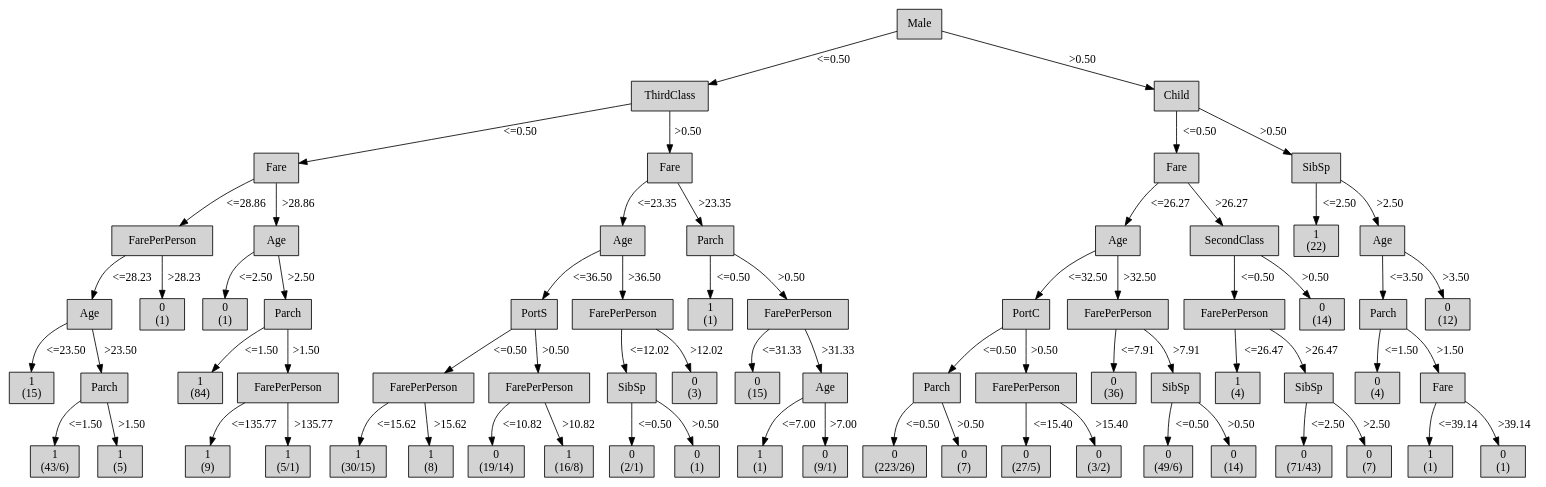
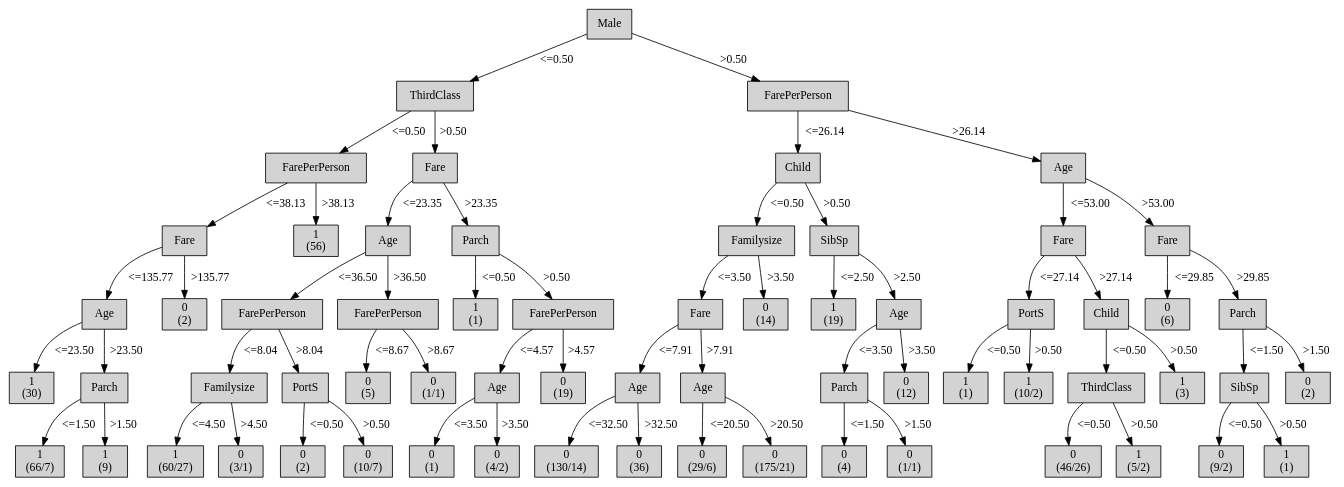
Before and after one commit to mklb/BI-Python3: the diagram in output/tree-generator-6/tree.dot, drawn with Graphviz. The commit also changed 30 other files, not shown here.

```diff
--- a/output/tree-generator-6/tree.dot
+++ b/output/tree-generator-6/tree.dot
@@ -4,247 +4,233 @@
 "1" [shape=box, style=filled, label="ThirdClass
 ", weight=2]
 0 -> 1 [ label = "<=0.50"];
-"2" [shape=box, style=filled, label="Fare
+"2" [shape=box, style=filled, label="FarePerPerson
 ", weight=3]
 1 -> 2 [ label = "<=0.50"];
-"3" [shape=box, style=filled, label="FarePerPerson
+"3" [shape=box, style=filled, label="Fare
 ", weight=4]
-2 -> 3 [ label = "<=28.86"];
+2 -> 3 [ label = "<=38.13"];
 "4" [shape=box, style=filled, label="Age
 ", weight=5]
-3 -> 4 [ label = "<=28.23"];
+3 -> 4 [ label = "<=135.77"];
 "5" [shape=box, style=filled, label="1
-(15)
+(30)
 ", weight=6]
 4 -> 5 [ label = "<=23.50"];
 "6" [shape=box, style=filled, label="Parch
 ", weight=6]
 4 -> 6 [ label = ">23.50"];
 "7" [shape=box, style=filled, label="1
-(43/6)
+(66/7)
 ", weight=7]
 6 -> 7 [ label = "<=1.50"];
 "8" [shape=box, style=filled, label="1
-(5)
+(9)
 ", weight=7]
 6 -> 8 [ label = ">1.50"];
 "9" [shape=box, style=filled, label="0
+(2)
+", weight=5]
+3 -> 9 [ label = ">135.77"];
+"10" [shape=box, style=filled, label="1
+(56)
+", weight=4]
+2 -> 10 [ label = ">38.13"];
+"11" [shape=box, style=filled, label="Fare
+", weight=3]
+1 -> 11 [ label = ">0.50"];
+"12" [shape=box, style=filled, label="Age
+", weight=4]
+11 -> 12 [ label = "<=23.35"];
+"13" [shape=box, style=filled, label="FarePerPerson
+", weight=5]
+12 -> 13 [ label = "<=36.50"];
+"14" [shape=box, style=filled, label="Familysize
+", weight=6]
+13 -> 14 [ label = "<=8.04"];
+"15" [shape=box, style=filled, label="1
+(60/27)
+", weight=7]
+14 -> 15 [ label = "<=4.50"];
+"16" [shape=box, style=filled, label="0
+(3/1)
+", weight=7]
+14 -> 16 [ label = ">4.50"];
+"17" [shape=box, style=filled, label="PortS
+", weight=6]
+13 -> 17 [ label = ">8.04"];
+"18" [shape=box, style=filled, label="0
+(2)
+", weight=7]
+17 -> 18 [ label = "<=0.50"];
+"19" [shape=box, style=filled, label="0
+(10/7)
+", weight=7]
+17 -> 19 [ label = ">0.50"];
+"20" [shape=box, style=filled, label="FarePerPerson
+", weight=5]
+12 -> 20 [ label = ">36.50"];
+"21" [shape=box, style=filled, label="0
+(5)
+", weight=6]
+20 -> 21 [ label = "<=8.67"];
+"22" [shape=box, style=filled, label="0
+(1/1)
+", weight=6]
+20 -> 22 [ label = ">8.67"];
+"23" [shape=box, style=filled, label="Parch
+", weight=4]
+11 -> 23 [ label = ">23.35"];
+"24" [shape=box, style=filled, label="1
 (1)
 ", weight=5]
-3 -> 9 [ label = ">28.23"];
-"10" [shape=box, style=filled, label="Age
-", weight=4]
-2 -> 10 [ label = ">28.86"];
-"11" [shape=box, style=filled, label="0
-(1)
+23 -> 24 [ label = "<=0.50"];
+"25" [shape=box, style=filled, label="FarePerPerson
 ", weight=5]
-10 -> 11 [ label = "<=2.50"];
-"12" [shape=box, style=filled, label="Parch
-", weight=5]
-10 -> 12 [ label = ">2.50"];
-"13" [shape=box, style=filled, label="1
-(84)
+23 -> 25 [ label = ">0.50"];
+"26" [shape=box, style=filled, label="Age
 ", weight=6]
-12 -> 13 [ label = "<=1.50"];
-"14" [shape=box, style=filled, label="FarePerPerson
-", weight=6]
-12 -> 14 [ label = ">1.50"];
-"15" [shape=box, style=filled, label="1
-(9)
-", weight=7]
-14 -> 15 [ label = "<=135.77"];
-"16" [shape=box, style=filled, label="1
-(5/1)
-", weight=7]
-14 -> 16 [ label = ">135.77"];
-"17" [shape=box, style=filled, label="Fare
-", weight=3]
-1 -> 17 [ label = ">0.50"];
-"18" [shape=box, style=filled, label="Age
-", weight=4]
-17 -> 18 [ label = "<=23.35"];
-"19" [shape=box, style=filled, label="PortS
-", weight=5]
-18 -> 19 [ label = "<=36.50"];
-"20" [shape=box, style=filled, label="FarePerPerson
-", weight=6]
-19 -> 20 [ label = "<=0.50"];
-"21" [shape=box, style=filled, label="1
-(30/15)
-", weight=7]
-20 -> 21 [ label = "<=15.62"];
-"22" [shape=box, style=filled, label="1
-(8)
-", weight=7]
-20 -> 22 [ label = ">15.62"];
-"23" [shape=box, style=filled, label="FarePerPerson
-", weight=6]
-19 -> 23 [ label = ">0.50"];
-"24" [shape=box, style=filled, label="0
-(19/14)
-", weight=7]
-23 -> 24 [ label = "<=10.82"];
-"25" [shape=box, style=filled, label="1
-(16/8)
-", weight=7]
-23 -> 25 [ label = ">10.82"];
-"26" [shape=box, style=filled, label="FarePerPerson
-", weight=5]
-18 -> 26 [ label = ">36.50"];
-"27" [shape=box, style=filled, label="SibSp
-", weight=6]
-26 -> 27 [ label = "<=12.02"];
-"28" [shape=box, style=filled, label="0
-(2/1)
-", weight=7]
-27 -> 28 [ label = "<=0.50"];
-"29" [shape=box, style=filled, label="0
+25 -> 26 [ label = "<=4.57"];
+"27" [shape=box, style=filled, label="0
 (1)
 ", weight=7]
-27 -> 29 [ label = ">0.50"];
-"30" [shape=box, style=filled, label="0
+26 -> 27 [ label = "<=3.50"];
+"28" [shape=box, style=filled, label="0
+(4/2)
+", weight=7]
+26 -> 28 [ label = ">3.50"];
+"29" [shape=box, style=filled, label="0
+(19)
+", weight=6]
+25 -> 29 [ label = ">4.57"];
+"30" [shape=box, style=filled, label="FarePerPerson
+", weight=2]
+0 -> 30 [ label = ">0.50"];
+"31" [shape=box, style=filled, label="Child
+", weight=3]
+30 -> 31 [ label = "<=26.14"];
+"32" [shape=box, style=filled, label="Familysize
+", weight=4]
+31 -> 32 [ label = "<=0.50"];
+"33" [shape=box, style=filled, label="Fare
+", weight=5]
+32 -> 33 [ label = "<=3.50"];
+"34" [shape=box, style=filled, label="Age
+", weight=6]
+33 -> 34 [ label = "<=7.91"];
+"35" [shape=box, style=filled, label="0
+(130/14)
+", weight=7]
+34 -> 35 [ label = "<=32.50"];
+"36" [shape=box, style=filled, label="0
+(36)
+", weight=7]
+34 -> 36 [ label = ">32.50"];
+"37" [shape=box, style=filled, label="Age
+", weight=6]
+33 -> 37 [ label = ">7.91"];
+"38" [shape=box, style=filled, label="0
+(29/6)
+", weight=7]
+37 -> 38 [ label = "<=20.50"];
+"39" [shape=box, style=filled, label="0
+(175/21)
+", weight=7]
+37 -> 39 [ label = ">20.50"];
+"40" [shape=box, style=filled, label="0
+(14)
+", weight=5]
+32 -> 40 [ label = ">3.50"];
+"41" [shape=box, style=filled, label="SibSp
+", weight=4]
+31 -> 41 [ label = ">0.50"];
+"42" [shape=box, style=filled, label="1
+(19)
+", weight=5]
+41 -> 42 [ label = "<=2.50"];
+"43" [shape=box, style=filled, label="Age
+", weight=5]
+41 -> 43 [ label = ">2.50"];
+"44" [shape=box, style=filled, label="Parch
+", weight=6]
+43 -> 44 [ label = "<=3.50"];
+"45" [shape=box, style=filled, label="0
+(4)
+", weight=7]
+44 -> 45 [ label = "<=1.50"];
+"46" [shape=box, style=filled, label="0
+(1/1)
+", weight=7]
+44 -> 46 [ label = ">1.50"];
+"47" [shape=box, style=filled, label="0
+(12)
+", weight=6]
+43 -> 47 [ label = ">3.50"];
+"48" [shape=box, style=filled, label="Age
+", weight=3]
+30 -> 48 [ label = ">26.14"];
+"49" [shape=box, style=filled, label="Fare
+", weight=4]
+48 -> 49 [ label = "<=53.00"];
+"50" [shape=box, style=filled, label="PortS
+", weight=5]
+49 -> 50 [ label = "<=27.14"];
+"51" [shape=box, style=filled, label="1
+(1)
+", weight=6]
+50 -> 51 [ label = "<=0.50"];
+"52" [shape=box, style=filled, label="1
+(10/2)
+", weight=6]
+50 -> 52 [ label = ">0.50"];
+"53" [shape=box, style=filled, label="Child
+", weight=5]
+49 -> 53 [ label = ">27.14"];
+"54" [shape=box, style=filled, label="ThirdClass
+", weight=6]
+53 -> 54 [ label = "<=0.50"];
+"55" [shape=box, style=filled, label="0
+(46/26)
+", weight=7]
+54 -> 55 [ label = "<=0.50"];
+"56" [shape=box, style=filled, label="1
+(5/2)
+", weight=7]
+54 -> 56 [ label = ">0.50"];
+"57" [shape=box, style=filled, label="1
 (3)
 ", weight=6]
-26 -> 30 [ label = ">12.02"];
-"31" [shape=box, style=filled, label="Parch
+53 -> 57 [ label = ">0.50"];
+"58" [shape=box, style=filled, label="Fare
 ", weight=4]
-17 -> 31 [ label = ">23.35"];
-"32" [shape=box, style=filled, label="1
-(1)
+48 -> 58 [ label = ">53.00"];
+"59" [shape=box, style=filled, label="0
+(6)
 ", weight=5]
-31 -> 32 [ label = "<=0.50"];
-"33" [shape=box, style=filled, label="FarePerPerson
+58 -> 59 [ label = "<=29.85"];
+"60" [shape=box, style=filled, label="Parch
 ", weight=5]
-31 -> 33 [ label = ">0.50"];
-"34" [shape=box, style=filled, label="0
-(15)
+58 -> 60 [ label = ">29.85"];
+"61" [shape=box, style=filled, label="SibSp
 ", weight=6]
-33 -> 34 [ label = "<=31.33"];
-"35" [shape=box, style=filled, label="Age
-", weight=6]
-33 -> 35 [ label = ">31.33"];
-"36" [shape=box, style=filled, label="1
+60 -> 61 [ label = "<=1.50"];
+"62" [shape=box, style=filled, label="0
+(9/2)
+", weight=7]
+61 -> 62 [ label = "<=0.50"];
+"63" [shape=box, style=filled, label="1
 (1)
 ", weight=7]
-35 -> 36 [ label = "<=7.00"];
-"37" [shape=box, style=filled, label="0
-(9/1)
-", weight=7]
-35 -> 37 [ label = ">7.00"];
-"38" [shape=box, style=filled, label="Child
-", weight=2]
-0 -> 38 [ label = ">0.50"];
-"39" [shape=box, style=filled, label="Fare
-", weight=3]
-38 -> 39 [ label = "<=0.50"];
-"40" [shape=box, style=filled, label="Age
-", weight=4]
-39 -> 40 [ label = "<=26.27"];
-"41" [shape=box, style=filled, label="PortC
-", weight=5]
-40 -> 41 [ label = "<=32.50"];
-"42" [shape=box, style=filled, label="Parch
+61 -> 63 [ label = ">0.50"];
+"64" [shape=box, style=filled, label="0
+(2)
 ", weight=6]
-41 -> 42 [ label = "<=0.50"];
-"43" [shape=box, style=filled, label="0
-(223/26)
-", weight=7]
-42 -> 43 [ label = "<=0.50"];
-"44" [shape=box, style=filled, label="0
-(7)
-", weight=7]
-42 -> 44 [ label = ">0.50"];
-"45" [shape=box, style=filled, label="FarePerPerson
-", weight=6]
-41 -> 45 [ label = ">0.50"];
-"46" [shape=box, style=filled, label="0
-(27/5)
-", weight=7]
-45 -> 46 [ label = "<=15.40"];
-"47" [shape=box, style=filled, label="0
-(3/2)
-", weight=7]
-45 -> 47 [ label = ">15.40"];
-"48" [shape=box, style=filled, label="FarePerPerson
-", weight=5]
-40 -> 48 [ label = ">32.50"];
-"49" [shape=box, style=filled, label="0
-(36)
-", weight=6]
-48 -> 49 [ label = "<=7.91"];
-"50" [shape=box, style=filled, label="SibSp
-", weight=6]
-48 -> 50 [ label = ">7.91"];
-"51" [shape=box, style=filled, label="0
-(49/6)
-", weight=7]
-50 -> 51 [ label = "<=0.50"];
-"52" [shape=box, style=filled, label="0
-(14)
-", weight=7]
-50 -> 52 [ label = ">0.50"];
-"53" [shape=box, style=filled, label="SecondClass
-", weight=4]
-39 -> 53 [ label = ">26.27"];
-"54" [shape=box, style=filled, label="FarePerPerson
-", weight=5]
-53 -> 54 [ label = "<=0.50"];
-"55" [shape=box, style=filled, label="1
-(4)
-", weight=6]
-54 -> 55 [ label = "<=26.47"];
-"56" [shape=box, style=filled, label="SibSp
-", weight=6]
-54 -> 56 [ label = ">26.47"];
-"57" [shape=box, style=filled, label="0
-(71/43)
-", weight=7]
-56 -> 57 [ label = "<=2.50"];
-"58" [shape=box, style=filled, label="0
-(7)
-", weight=7]
-56 -> 58 [ label = ">2.50"];
-"59" [shape=box, style=filled, label="0
-(14)
-", weight=5]
-53 -> 59 [ label = ">0.50"];
-"60" [shape=box, style=filled, label="SibSp
-", weight=3]
-38 -> 60 [ label = ">0.50"];
-"61" [shape=box, style=filled, label="1
-(22)
-", weight=4]
-60 -> 61 [ label = "<=2.50"];
-"62" [shape=box, style=filled, label="Age
-", weight=4]
-60 -> 62 [ label = ">2.50"];
-"63" [shape=box, style=filled, label="Parch
-", weight=5]
-62 -> 63 [ label = "<=3.50"];
-"64" [shape=box, style=filled, label="0
-(4)
-", weight=6]
-63 -> 64 [ label = "<=1.50"];
-"65" [shape=box, style=filled, label="Fare
-", weight=6]
-63 -> 65 [ label = ">1.50"];
-"66" [shape=box, style=filled, label="1
-(1)
-", weight=7]
-65 -> 66 [ label = "<=39.14"];
-"67" [shape=box, style=filled, label="0
-(1)
-", weight=7]
-65 -> 67 [ label = ">39.14"];
-"68" [shape=box, style=filled, label="0
-(12)
-", weight=5]
-62 -> 68 [ label = ">3.50"];
+60 -> 64 [ label = ">1.50"];
 {rank=same; 0;};
-{rank=same; 1;38;};
-{rank=same; 2;17;39;60;};
-{rank=same; 3;10;18;31;40;53;61;62;};
-{rank=same; 4;9;11;12;19;26;32;33;41;48;54;59;63;68;};
-{rank=same; 5;6;13;14;20;23;27;30;34;35;42;45;49;50;55;56;64;65;};
-{rank=same; 7;8;15;16;21;22;24;25;28;29;36;37;43;44;46;47;51;52;57;58;66;67;};
+{rank=same; 1;30;};
+{rank=same; 2;11;31;48;};
+{rank=same; 3;10;12;23;32;41;49;58;};
+{rank=same; 4;9;13;20;24;25;33;40;42;43;50;53;59;60;};
+{rank=same; 5;6;14;17;21;22;26;29;34;37;44;47;51;52;54;57;61;64;};
+{rank=same; 7;8;15;16;18;19;27;28;35;36;38;39;45;46;55;56;62;63;};
 }
```
